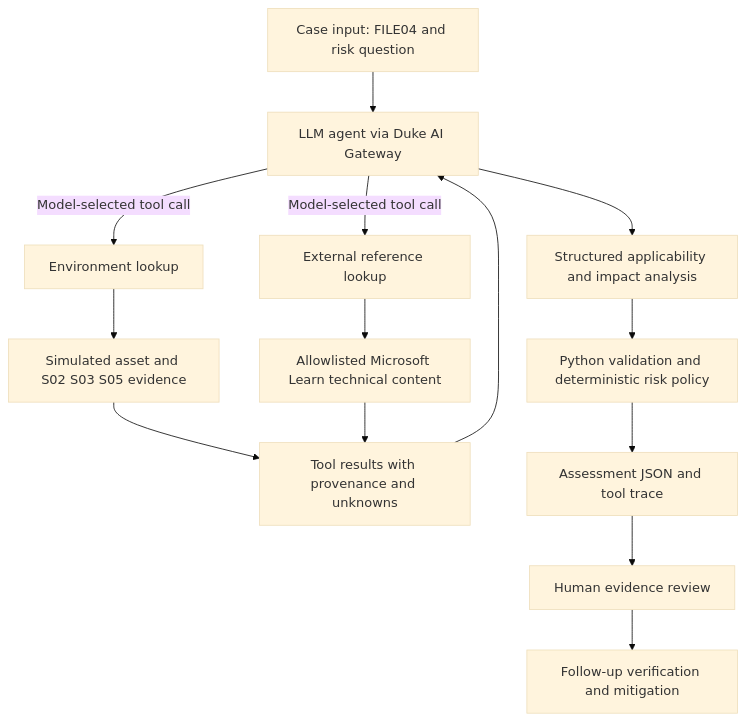
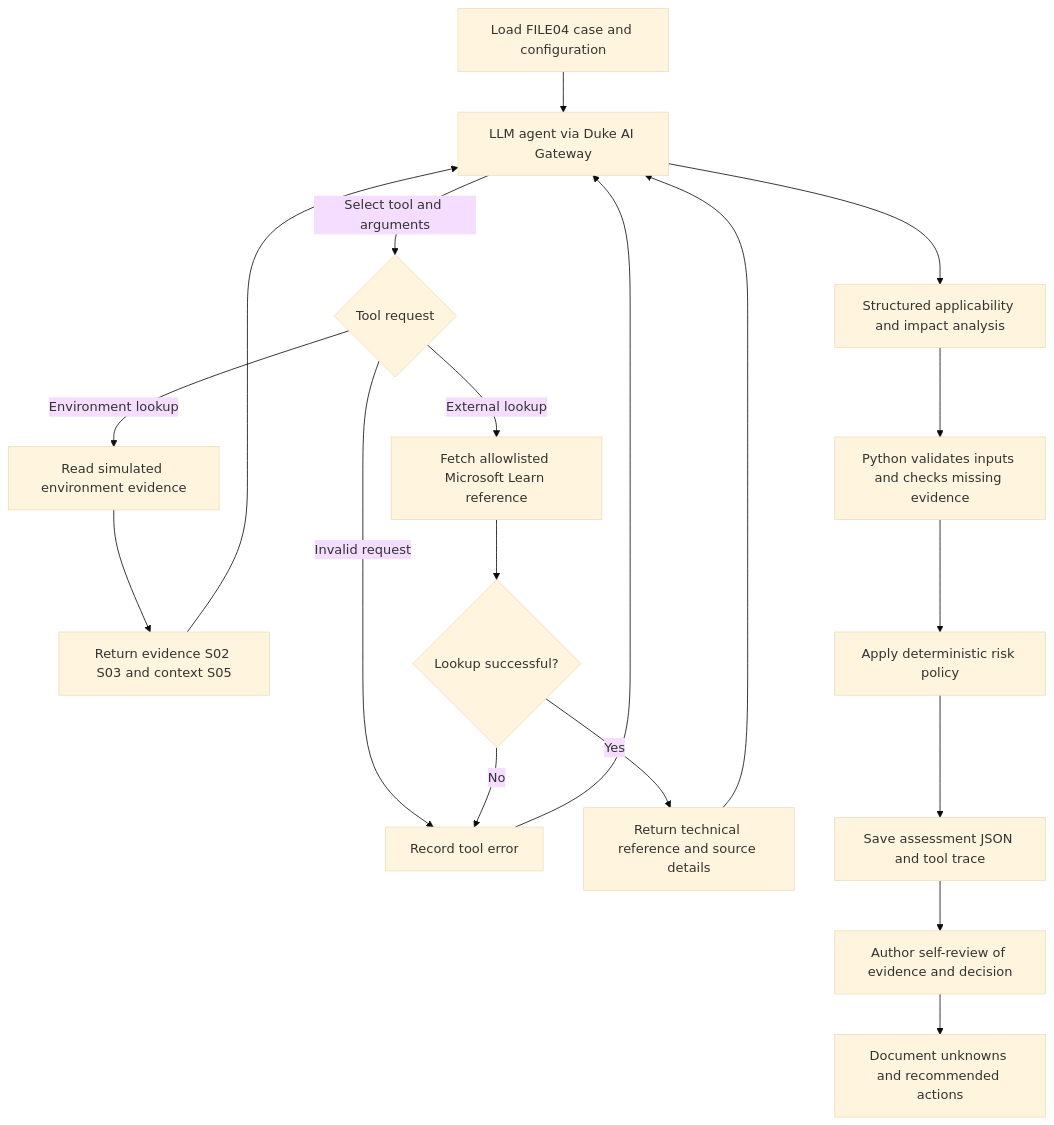
One commit to kksera819-cyber/cybersec590-ai-risk-assessment-agent changed the diagram in docs/architecture.mmd. Above: the diagram before and after it, drawn with Mermaid (base theme). The commit also changed 6 other files, not shown here.

Commit message:
Finalize Assignment 2 documentation and human review

```diff
--- a/docs/architecture.mmd
+++ b/docs/architecture.mmd
@@ -1,14 +1,19 @@
 flowchart TD
-    A[Case input: FILE04 and risk question] --> B[LLM agent via Duke AI Gateway]
-    B -->|Model-selected tool call| C[Environment lookup]
-    B -->|Model-selected tool call| D[External reference lookup]
-    C --> E[Simulated asset and S02 S03 S05 evidence]
-    D --> F[Allowlisted Microsoft Learn technical content]
-    E --> G[Tool results with provenance and unknowns]
-    F --> G
+    A[Load FILE04 case and configuration] --> B[LLM agent via Duke AI Gateway]
+    B -->|Select tool and arguments| C{Tool request}
+    C -->|Environment lookup| D[Read simulated environment evidence]
+    C -->|External lookup| E[Fetch allowlisted Microsoft Learn reference]
+    C -->|Invalid request| F[Record tool error]
+    D --> G[Return evidence S02 S03 and context S05]
+    E --> H{Lookup successful?}
+    H -->|Yes| I[Return technical reference and source details]
+    H -->|No| F
     G --> B
-    B --> H[Structured applicability and impact analysis]
-    H --> I[Python validation and deterministic risk policy]
-    I --> J[Assessment JSON and tool trace]
-    J --> K[Human evidence review]
-    K --> L[Follow-up verification and mitigation]
+    I --> B
+    F --> B
+    B --> J[Structured applicability and impact analysis]
+    J --> K[Python validates inputs and checks missing evidence]
+    K --> L[Apply deterministic risk policy]
+    L --> M[Save assessment JSON and tool trace]
+    M --> N[Author self-review of evidence and decision]
+    N --> O[Document unknowns and recommended actions]
```
